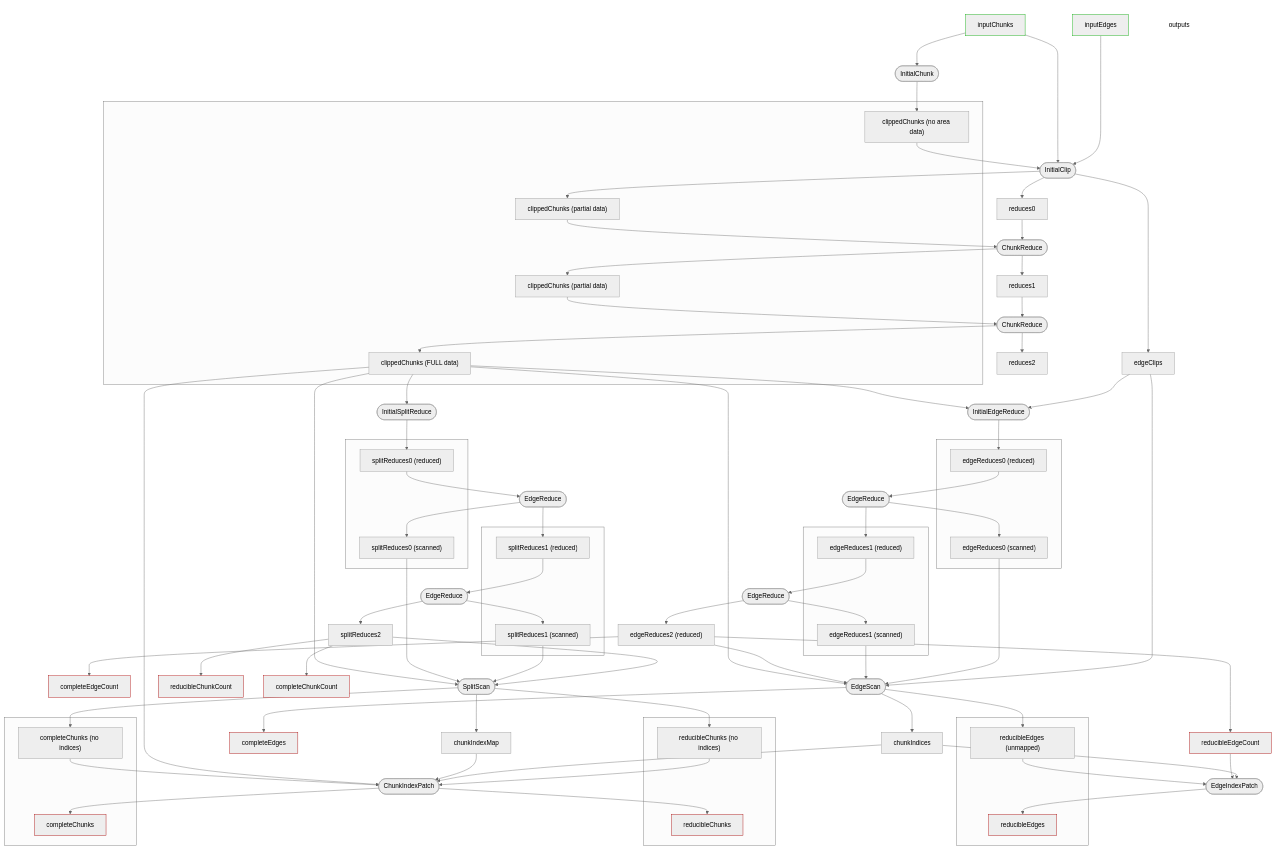
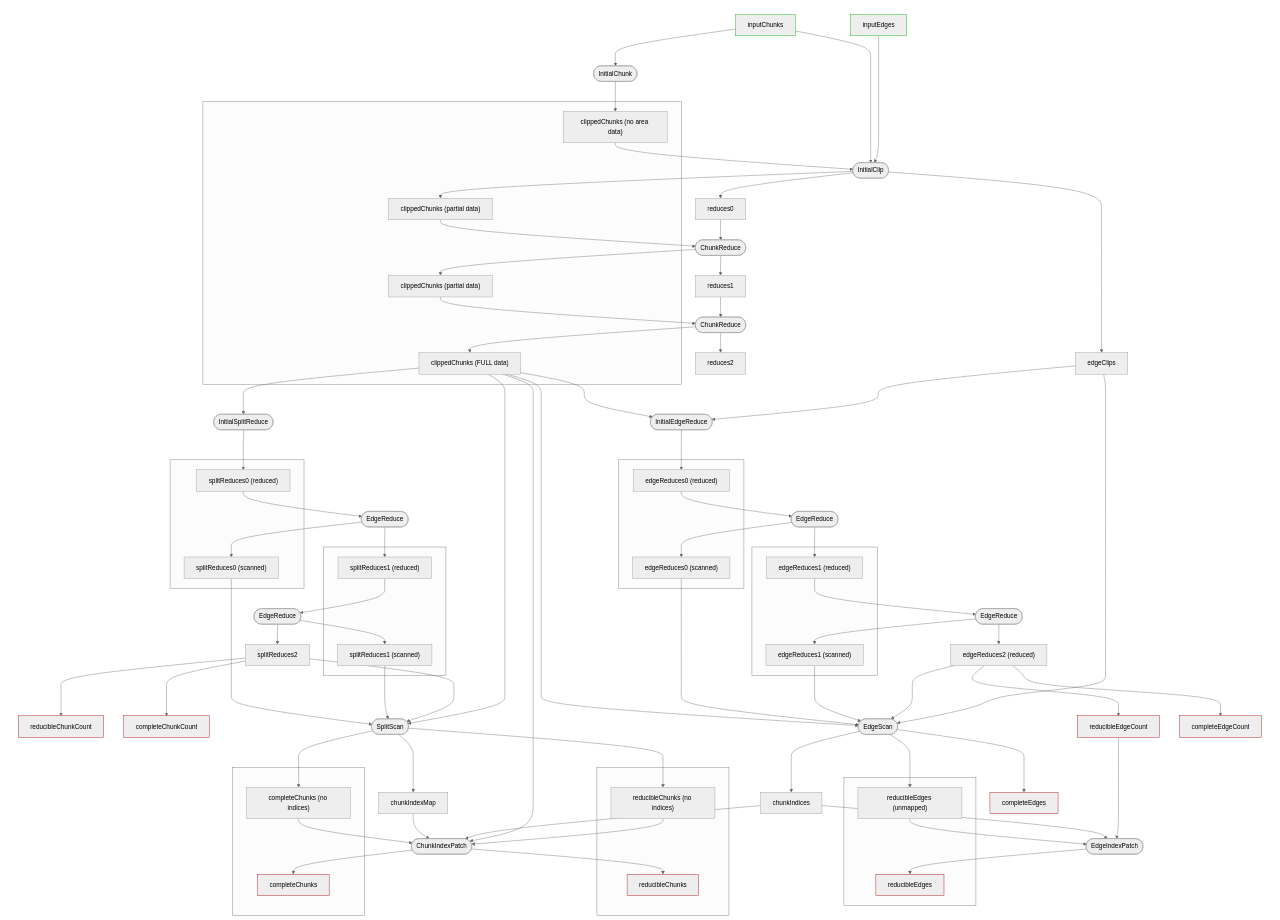
One commit to phetsims/alpenglow changed the diagram in doc/raster-clip.md. Above: the diagram before and after it, drawn with Mermaid (neutral theme).

Commit message:
Mermaid progress

````diff
--- a/doc/raster-clip.md
+++ b/doc/raster-clip.md
@@ -2,5 +2,10 @@
 ```mermaid
 flowchart TD
+    
+    classDef outputClass stroke:#a00
+    classDef inputClass stroke:#0a0
+    classDef hideClass fill:transparent, stroke:transparent
+    
     inputChunks["inputChunks"]:::inputClass
     inputEdges["inputEdges"]:::inputClass
     
@@ -8,6 +13,7 @@
         inputChunks
         inputEdges
     end
+    class inputs hideClass
 
     inputChunks --> InitialChunk([InitialChunk])
     InitialChunk --> clippedChunks0
@@ -25,63 +31,101 @@
     end
 
     inputChunks & inputEdges & clippedChunks0 --> InitialClip([InitialClip])
-    InitialClip --> reduces0 & clippedChunks1 & edgeClips
+    InitialClip --> clippedChunks1 & reduces0 & edgeClips
 
-    reduces0 & clippedChunks1 --> ChunkReduce1([ChunkReduce]) --> reduces1 & clippedChunks2
+    clippedChunks1 & reduces0 --> ChunkReduce1([ChunkReduce]) --> reduces1 & clippedChunks2
     
-    reduces1 & clippedChunks2 --> ChunkReduce2([ChunkReduce]) --> reduces2 & clippedChunks3
+    clippedChunks2 & reduces1 --> ChunkReduce2([ChunkReduce]) --> reduces2 & clippedChunks3
 
     clippedChunks3 & edgeClips --> InitialEdgeReduce([InitialEdgeReduce]) --> edgeReduces0reduce
 
-    edgeReduces0reduce --> EdgeReduce1([EdgeReduce]) --> edgeReduces1reduce & edgeReduces0scan
+    edgeReduces0reduce --> EdgeReduce1 --> edgeReduces0scan & edgeReduces1reduce
 
-    edgeReduces1reduce --> EdgeReduce2([EdgeReduce]) --> edgeReduces2reduce & edgeReduces1scan
+    edgeReduces1reduce --> EdgeReduce2 --> edgeReduces1scan & edgeReduces2reduce
 
-    edgeReduces2reduce["edgeReduces2 (reduced)"] --> reducibleEdgeCount:::outputClass & completeEdgeCount:::outputClass
+    subgraph edgeCounts [" "]
+        reducibleEdgeCount:::outputClass
+        completeEdgeCount:::outputClass
+    end
+    class edgeCounts hideClass
 
-    clippedChunks3 & edgeReduces2reduce & edgeReduces1scan & edgeReduces0scan & edgeClips --> EdgeScan([EdgeScan])
-    EdgeScan --> reducibleEdges0 & completeEdges:::outputClass & chunkIndices
+    edgeReduces2reduce --> reducibleEdgeCount & completeEdgeCount
 
-    reducibleEdges0 & reducibleEdgeCount & chunkIndices --> EdgeIndexPatch([EdgeIndexPatch]) --> reducibleEdges1:::outputClass
+    clippedChunks3 & edgeReduces0scan & edgeReduces1scan & edgeReduces2reduce & edgeClips --> EdgeScan([EdgeScan])
+    EdgeScan --> reducibleEdges0
+    EdgeScan --> completeEdges
+    EdgeScan --> chunkIndices
 
-    clippedChunks3 --> InitialSplitReduce([InitialSplitReduce]) --> splitReduces0reduce
-    splitReduces0reduce --> EdgeReduceX([EdgeReduce]) --> splitReduces0scan & splitReduces1reduce
-    splitReduces1reduce --> EdgeReduceY([EdgeReduce]) --> splitReduces1scan & splitReduces2
+    chunkIndices & reducibleEdgeCount & reducibleEdges0 --> EdgeIndexPatch([EdgeIndexPatch]) --> reducibleEdges1
 
-    splitReduces2 --> reducibleChunkCount:::outputClass & completeChunkCount:::outputClass
+    clippedChunks3 --> InitialSplitReduce --> splitReduces0reduce
+    splitReduces0reduce --> EdgeReduceX --> splitReduces0scan & splitReduces1reduce
+    splitReduces1reduce --> EdgeReduceY --> splitReduces1scan & splitReduces2
 
-    clippedChunks3 & splitReduces0scan & splitReduces1scan & splitReduces2 --> SplitScan([SplitScan])
-    SplitScan --> reducibleChunks0 & completeChunks0 & chunkIndexMap
+    subgraph splits [" "]
+        InitialSplitReduce([InitialSplitReduce])
+    
+        subgraph splitReduces0 [" "]
+            splitReduces0reduce["splitReduces0 (reduced)"]
+            splitReduces0scan["splitReduces0 (scanned)"]
+        end
+    
+        subgraph splitReduces1 [" "]
+            splitReduces1reduce["splitReduces1 (reduced)"]
+            splitReduces1scan["splitReduces1 (scanned)"]
+        end
+        
+        splitReduces2
+        
+        EdgeReduceX([EdgeReduce])
+        EdgeReduceY([EdgeReduce])
+    end
+    class splits hideClass
+    
+    subgraph chunkCounts [" "]
+        reducibleChunkCount:::outputClass
+        completeChunkCount:::outputClass
+    end
+    class chunkCounts hideClass
 
-    clippedChunks3 & reducibleChunks0 & completeChunks0 & chunkIndexMap & chunkIndices --> ChunkIndexPatch([ChunkIndexPatch])
+    splitReduces2 --> reducibleChunkCount & completeChunkCount
+
+    splitReduces0scan & splitReduces1scan & splitReduces2 & clippedChunks3 --> SplitScan([SplitScan])
+    SplitScan --> reducibleChunks0
+    SplitScan --> completeChunks0
+    SplitScan --> chunkIndexMap
+
+    reducibleChunks0 & completeChunks0 & chunkIndexMap & chunkIndices & clippedChunks3 --> ChunkIndexPatch([ChunkIndexPatch])
     ChunkIndexPatch --> reducibleChunks1:::outputClass & completeChunks1:::outputClass
 
-
-
-    subgraph edgeReduces0 [" "]
-        edgeReduces0reduce["edgeReduces0 (reduced)"]
-        edgeReduces0scan["edgeReduces0 (scanned)"]
+    subgraph edges [" "]
+        subgraph edgeReduces0 [" "]
+            edgeReduces0reduce["edgeReduces0 (reduced)"]
+            edgeReduces0scan["edgeReduces0 (scanned)"]
+        end
+        
+        EdgeReduce1([EdgeReduce])
+    
+        subgraph edgeReduces1 [" "]
+            edgeReduces1reduce["edgeReduces1 (reduced)"]
+            edgeReduces1scan["edgeReduces1 (scanned)"]
+        end
+        
+        EdgeReduce2([EdgeReduce])
+        
+        edgeReduces2reduce["edgeReduces2 (reduced)"]
     end
-
-    subgraph edgeReduces1 [" "]
-        edgeReduces1reduce["edgeReduces1 (reduced)"]
-        edgeReduces1scan["edgeReduces1 (scanned)"]
+    class edges hideClass
+    
+    subgraph outputEdges [" "]
+        subgraph reducibleEdges [" "]
+            reducibleEdges0["reducibleEdges (unmapped)"]
+            reducibleEdges1["reducibleEdges"]:::outputClass
+        end
+        
+        completeEdges:::outputClass
     end
-    
-    subgraph splitReduces0 [" "]
-        splitReduces0reduce["splitReduces0 (reduced)"]
-        splitReduces0scan["splitReduces0 (scanned)"]
-    end
-
-    subgraph splitReduces1 [" "]
-        splitReduces1reduce["splitReduces1 (reduced)"]
-        splitReduces1scan["splitReduces1 (scanned)"]
-    end
-    
-    subgraph reducibleEdges [" "]
-        reducibleEdges0["reducibleEdges (unmapped)"]
-        reducibleEdges1["reducibleEdges"]
-    end
+    class outputEdges hideClass
 
     subgraph reducibleChunks [" "]
         reducibleChunks0["reducibleChunks (no indices)"]
@@ -103,10 +147,5 @@
 %%        reducibleChunks1
 %%        completeChunks1
 %%    end
-
-    classDef outputClass stroke:#a00
-    classDef inputClass stroke:#0a0
-    
-    style inputs fill:transparent,stroke:transparent
-    style outputs fill:transparent,stroke:transparent
+%%    style outputs fill:transparent,stroke:transparent
 ```
````
